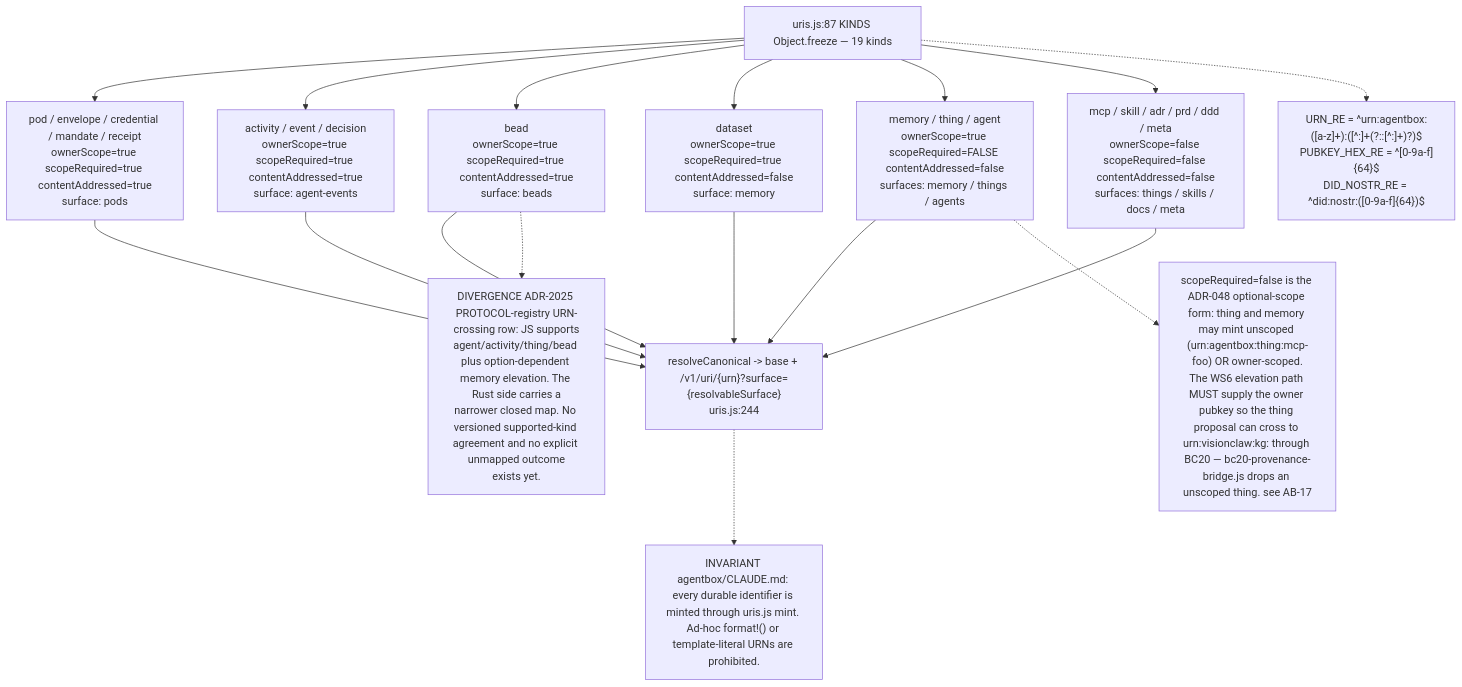
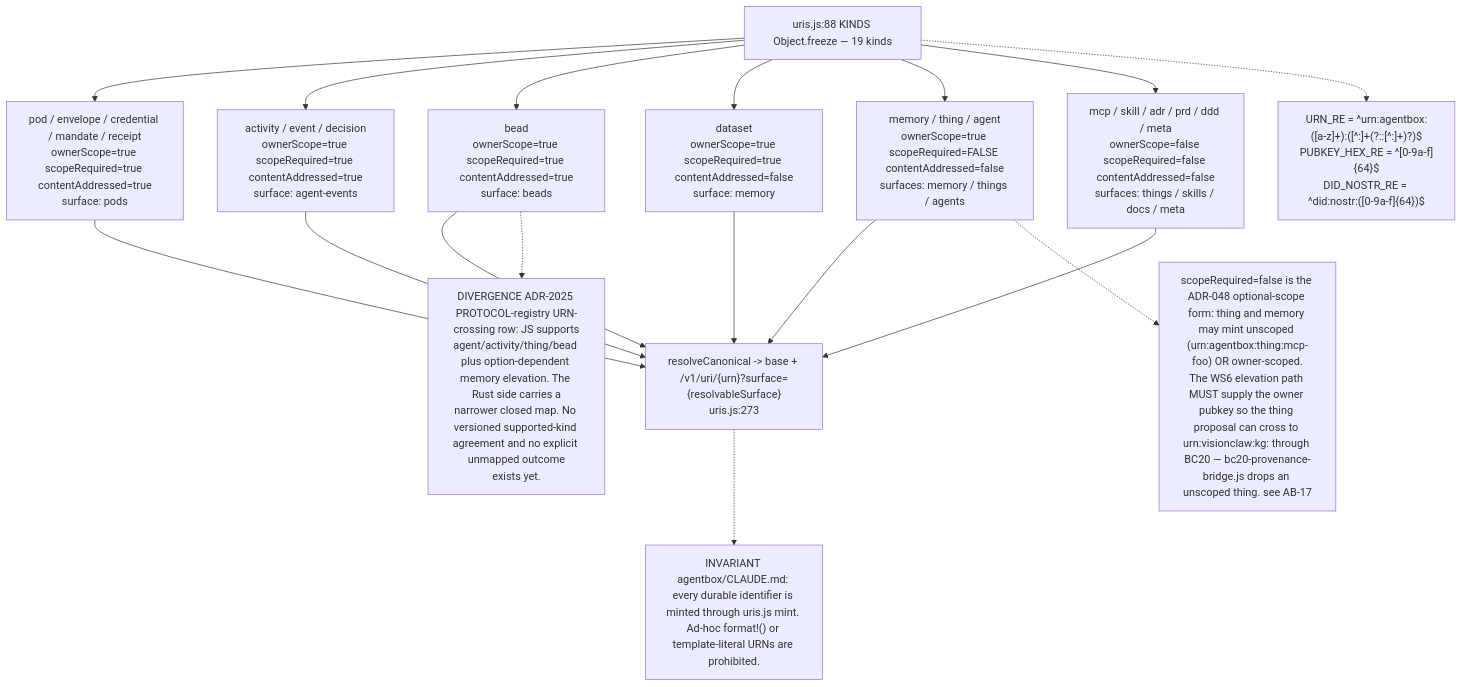
The fourth of 16 diagrams in docs/diagrams/agentbox/11-identity-did-mandate-authority.md (DreamLab-AI/VisionFlow), drawn with Mermaid before and after one commit. The commit also changed other lines of this file and 111 other files, not shown here.

Commit message:
docs(diagrams): align estate maps with current source

````diff
--- a/docs/diagrams/agentbox/11-identity-did-mandate-authority.md
+++ b/docs/diagrams/agentbox/11-identity-did-mandate-authority.md
@@ -184,20 +184,20 @@
 ```mermaid
 flowchart TB
-    K["uris.js:87 KINDS Object.freeze — 19 kinds"]
+    K["uris.js:88 KINDS Object.freeze — 19 kinds"]
     K --> POD["pod / envelope / credential / mandate / receipt<br/>ownerScope=true scopeRequired=true contentAddressed=true<br/>surface: pods"]
     K --> ACT["activity / event / decision<br/>ownerScope=true scopeRequired=true contentAddressed=true<br/>surface: agent-events"]
     K --> BEAD["bead<br/>ownerScope=true scopeRequired=true contentAddressed=true<br/>surface: beads"]
     K --> DSET["dataset<br/>ownerScope=true scopeRequired=true contentAddressed=false<br/>surface: memory"]
     K --> OPT["memory / thing / agent<br/>ownerScope=true scopeRequired=FALSE contentAddressed=false<br/>surfaces: memory / things / agents"]
     K --> UNS["mcp / skill / adr / prd / ddd / meta<br/>ownerScope=false scopeRequired=false contentAddressed=false<br/>surfaces: things / skills / docs / meta"]
-    POD --> R["resolveCanonical -> base + /v1/uri/{urn}?surface={resolvableSurface}<br/>uris.js:244"]
+    POD --> R["resolveCanonical -> base + /v1/uri/{urn}?surface={resolvableSurface}<br/>uris.js:273"]
     ACT --> R
     BEAD --> R
     DSET --> R
     OPT --> R
     UNS --> R
     K -.-> RE["URN_RE = ^urn:agentbox:([a-z]+):([^:]+(?::[^:]+)?)$<br/>PUBKEY_HEX_RE = ^[0-9a-f]{64}$<br/>DID_NOSTR_RE = ^did:nostr:([0-9a-f]{64})$"]
     R -.-> N1["INVARIANT agentbox/CLAUDE.md: every durable identifier is minted through uris.js mint. Ad-hoc format!() or template-literal URNs are prohibited."]
     OPT -.-> N2["scopeRequired=false is the ADR-048 optional-scope form: thing and memory may mint unscoped (urn:agentbox:thing:mcp-foo) OR owner-scoped.<br/>The WS6 elevation path MUST supply the owner pubkey so the thing proposal can cross to urn:visionclaw:kg:<pubkey> through BC20 — bc20-provenance-bridge.js drops an unscoped thing. see AB-17"]
 BEAD -.-> N3["DIVERGENCE ADR-2025 PROTOCOL-registry URN-crossing row: JS supports<br/>agent/activity/thing/bead plus option-dependent memory elevation. The Rust side carries a<br/>narrower closed map. No versioned supported-kind agreement and no explicit unmapped outcome<br/>exists yet."]
 ```
````
